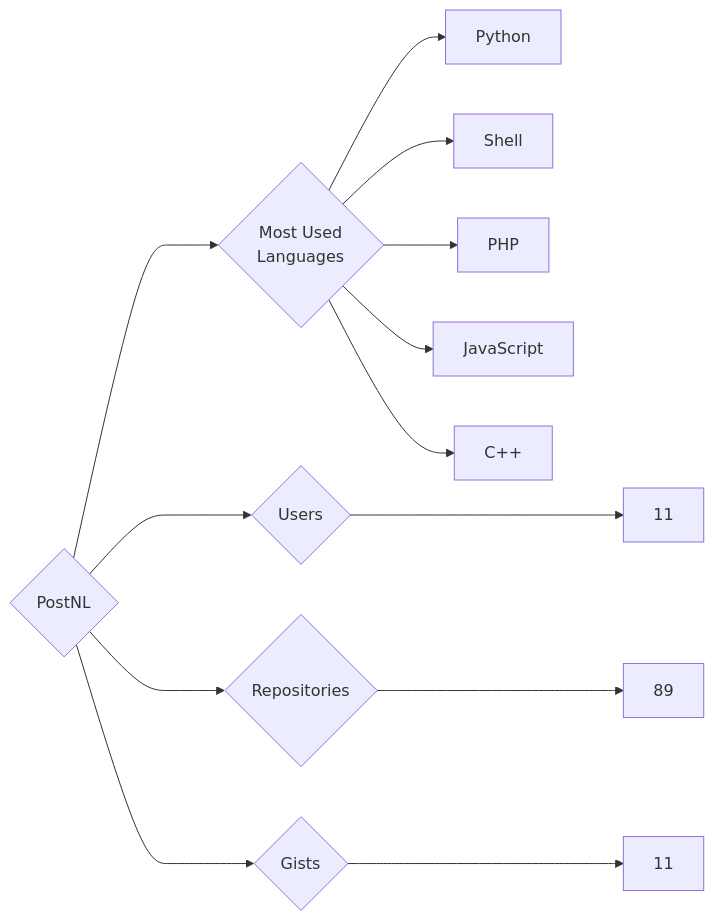
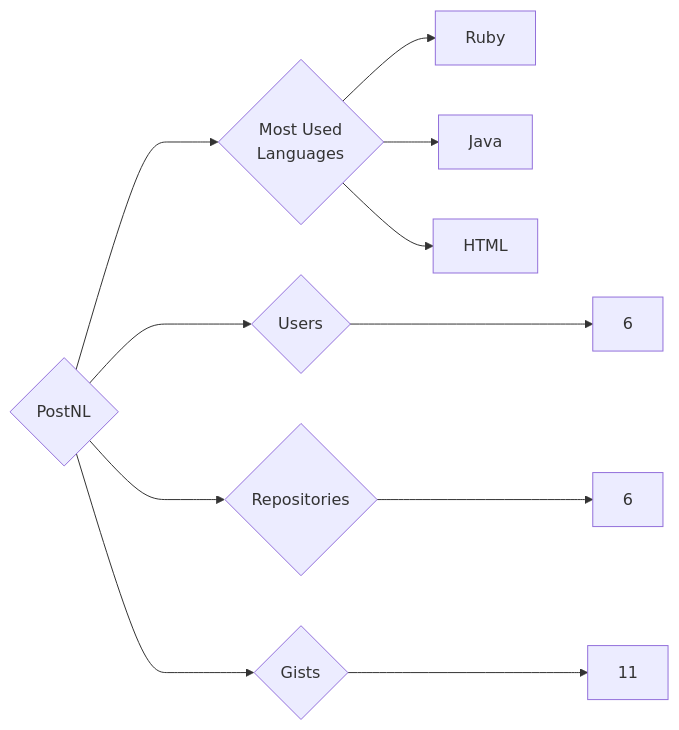
One commit to trickest/insiders changed the diagram in targets/PostNL/README.md. Above: the diagram before and after it, drawn with Mermaid. The commit also changed 928 other files, not shown here.

````diff
--- a/targets/PostNL/README.md
+++ b/targets/PostNL/README.md
@@ -3,13 +3,11 @@
 ```mermaid
 graph LR
 COMPANY_NAME{PostNL}
-COMPANY_NAME ---> U{Users} ---> UN[11]
-COMPANY_NAME ---> R{Repositories} ---> RN[89]
+COMPANY_NAME ---> U{Users} ---> UN[6]
+COMPANY_NAME ---> R{Repositories} ---> RN[6]
 COMPANY_NAME ---> G{Gists} ---> GN[11]
 COMPANY_NAME ---> ML{Most Used<br>Languages}
-ML --> Python[Python]
-ML --> Shell[Shell]
-ML --> PHP[PHP]
-ML --> JavaScript[JavaScript]
-ML --> C++[C++]
+ML --> Ruby[Ruby]
+ML --> Java[Java]
+ML --> HTML[HTML]
 ```
````
